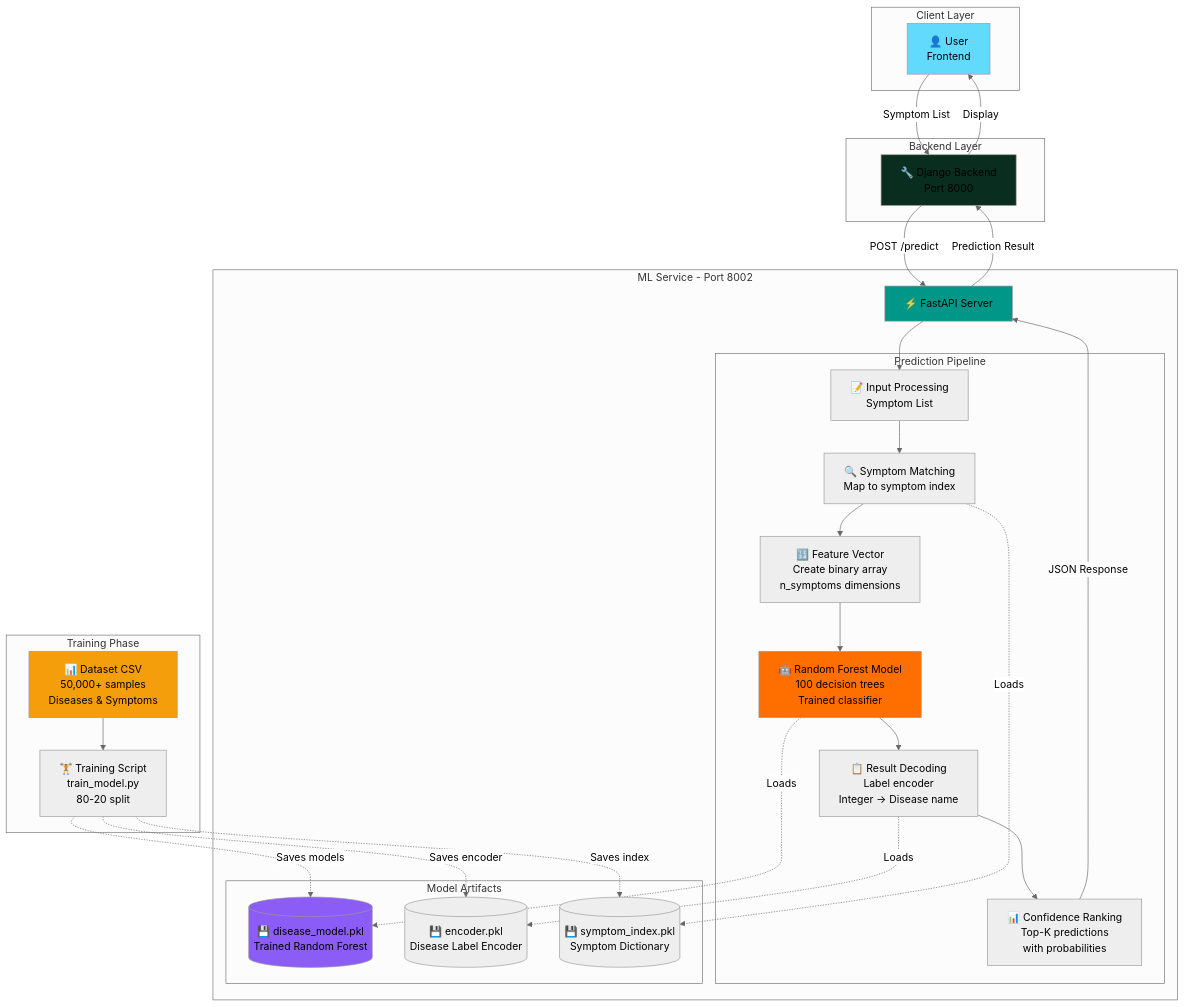
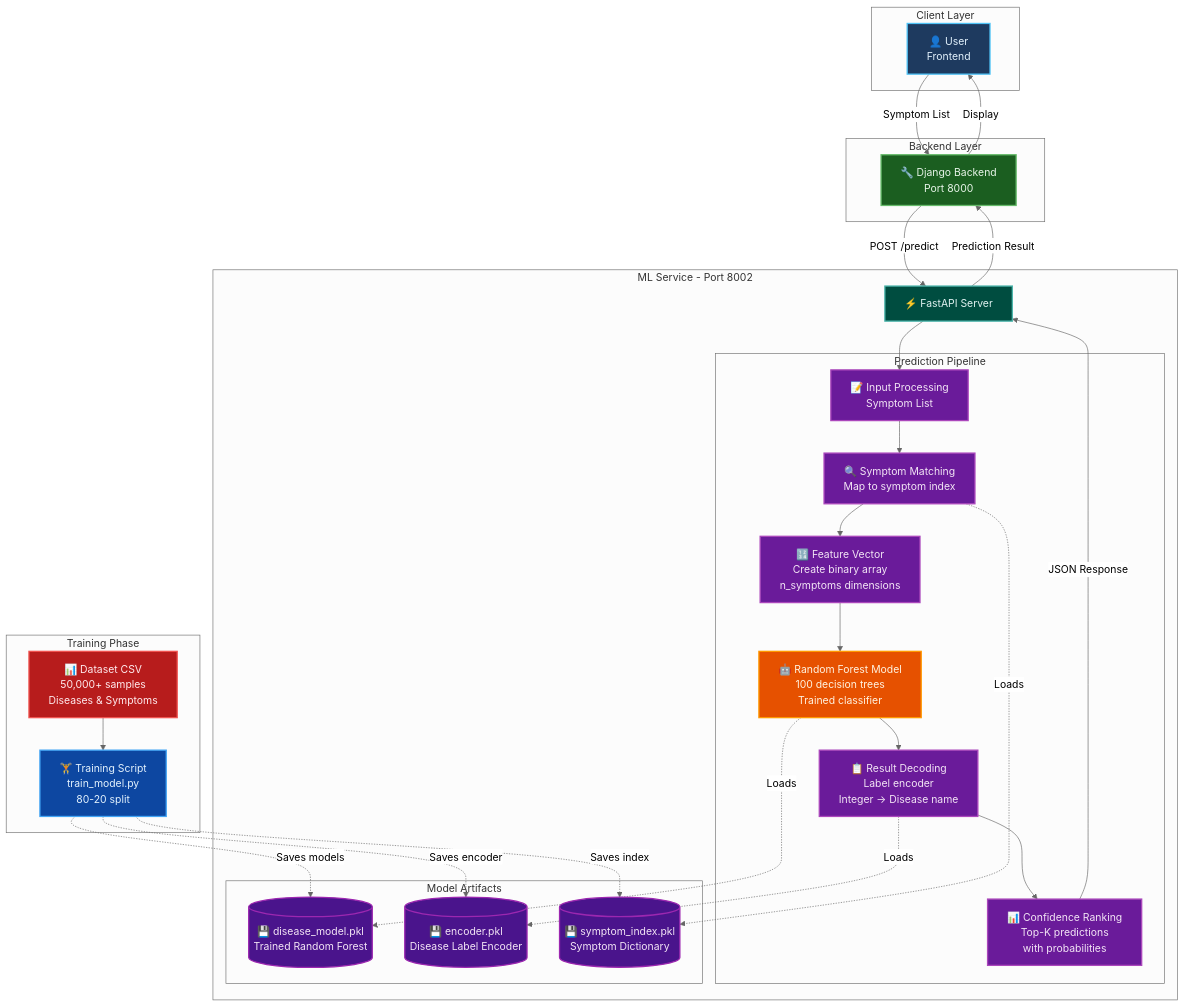
One commit to prantic-paul/SHS changed the diagram in disease-prediction-service/README.md. Above: the diagram before and after it, drawn with Mermaid (neutral theme). The commit also changed 2 other files, not shown here.

First paragraph of the commit message:
docs: Improve Mermaid diagram colors for better text visibility
🎨 Color Scheme Changes - Dark Containers with Light Text:

````diff
--- a/disease-prediction-service/README.md
+++ b/disease-prediction-service/README.md
@@ -251,70 +251,78 @@
 ```mermaid
 graph TB
     subgraph "Client Layer"
         User[👤 User<br/>Frontend]
     end
     
     subgraph "Backend Layer"
         Django[🔧 Django Backend<br/>Port 8000]
     end
     
     subgraph "ML Service - Port 8002"
         FastAPI[⚡ FastAPI Server]
         
         subgraph "Prediction Pipeline"
             Input[📝 Input Processing<br/>Symptom List]
             
             Matching[🔍 Symptom Matching<br/>Map to symptom index]
             
             Vector[🔢 Feature Vector<br/>Create binary array<br/>n_symptoms dimensions]
             
             Model[🤖 Random Forest Model<br/>100 decision trees<br/>Trained classifier]
             
             Decoder[📋 Result Decoding<br/>Label encoder<br/>Integer → Disease name]
             
             Ranking[📊 Confidence Ranking<br/>Top-K predictions<br/>with probabilities]
         end
         
         subgraph "Model Artifacts"
             ModelFile[(💾 disease_model.pkl<br/>Trained Random Forest)]
             EncoderFile[(💾 encoder.pkl<br/>Disease Label Encoder)]
             SymptomFile[(💾 symptom_index.pkl<br/>Symptom Dictionary)]
         end
     end
     
     subgraph "Training Phase"
         Dataset[📊 Dataset CSV<br/>50,000+ samples<br/>Diseases & Symptoms]
         Training[🏋️ Training Script<br/>train_model.py<br/>80-20 split]
     end
     
     User -->|Symptom List| Django
     Django -->|POST /predict| FastAPI
     
     FastAPI --> Input
     Input --> Matching
     Matching --> Vector
     Vector --> Model
     
     Model --> Decoder
     Decoder --> Ranking
     
     Model -.->|Loads| ModelFile
     Decoder -.->|Loads| EncoderFile
     Matching -.->|Loads| SymptomFile
     
     Ranking -->|JSON Response| FastAPI
     FastAPI -->|Prediction Result| Django
     Django -->|Display| User
     
     Dataset --> Training
     Training -.->|Saves models| ModelFile
     Training -.->|Saves encoder| EncoderFile
     Training -.->|Saves index| SymptomFile
     
-    style User fill:#61dafb
-    style Django fill:#092e20
-    style FastAPI fill:#009688
-    style Model fill:#ff6f00
-    style Dataset fill:#f59e0b
-    style ModelFile fill:#8b5cf6
+    style User fill:#1e3a5f,stroke:#4fc3f7,stroke-width:2px,color:#e3f2fd
+    style Django fill:#1b5e20,stroke:#66bb6a,stroke-width:2px,color:#e8f5e9
+    style FastAPI fill:#004d40,stroke:#4db6ac,stroke-width:2px,color:#e0f2f1
+    style Input fill:#6a1b9a,stroke:#ab47bc,stroke-width:2px,color:#f3e5f5
+    style Matching fill:#6a1b9a,stroke:#ab47bc,stroke-width:2px,color:#f3e5f5
+    style Vector fill:#6a1b9a,stroke:#ab47bc,stroke-width:2px,color:#f3e5f5
+    style Model fill:#e65100,stroke:#ff9800,stroke-width:2px,color:#fff3e0
+    style Decoder fill:#6a1b9a,stroke:#ab47bc,stroke-width:2px,color:#f3e5f5
+    style Ranking fill:#6a1b9a,stroke:#ab47bc,stroke-width:2px,color:#f3e5f5
+    style ModelFile fill:#4a148c,stroke:#9c27b0,stroke-width:2px,color:#f3e5f5
+    style EncoderFile fill:#4a148c,stroke:#9c27b0,stroke-width:2px,color:#f3e5f5
+    style SymptomFile fill:#4a148c,stroke:#9c27b0,stroke-width:2px,color:#f3e5f5
+    style Dataset fill:#b71c1c,stroke:#ef5350,stroke-width:2px,color:#ffebee
+    style Training fill:#0d47a1,stroke:#42a5f5,stroke-width:2px,color:#e3f2fd
 ```
````
